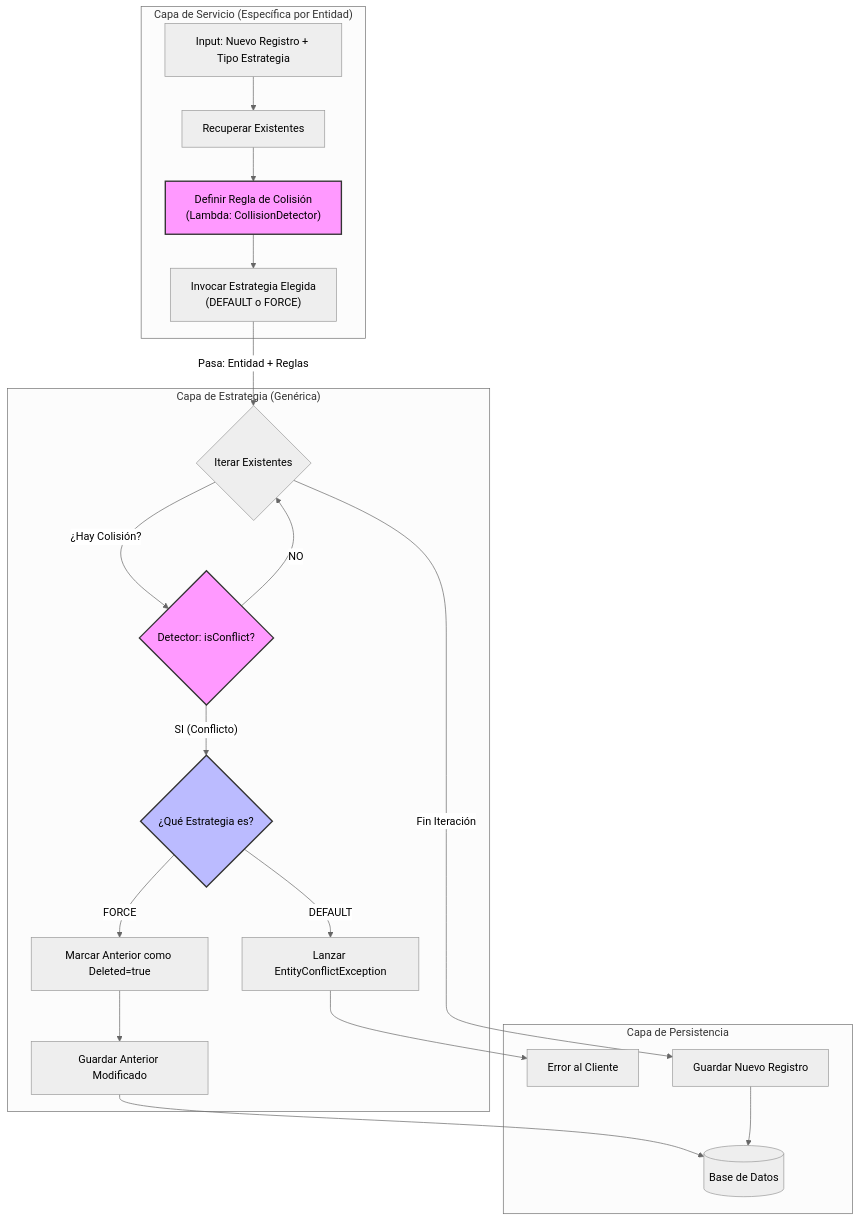
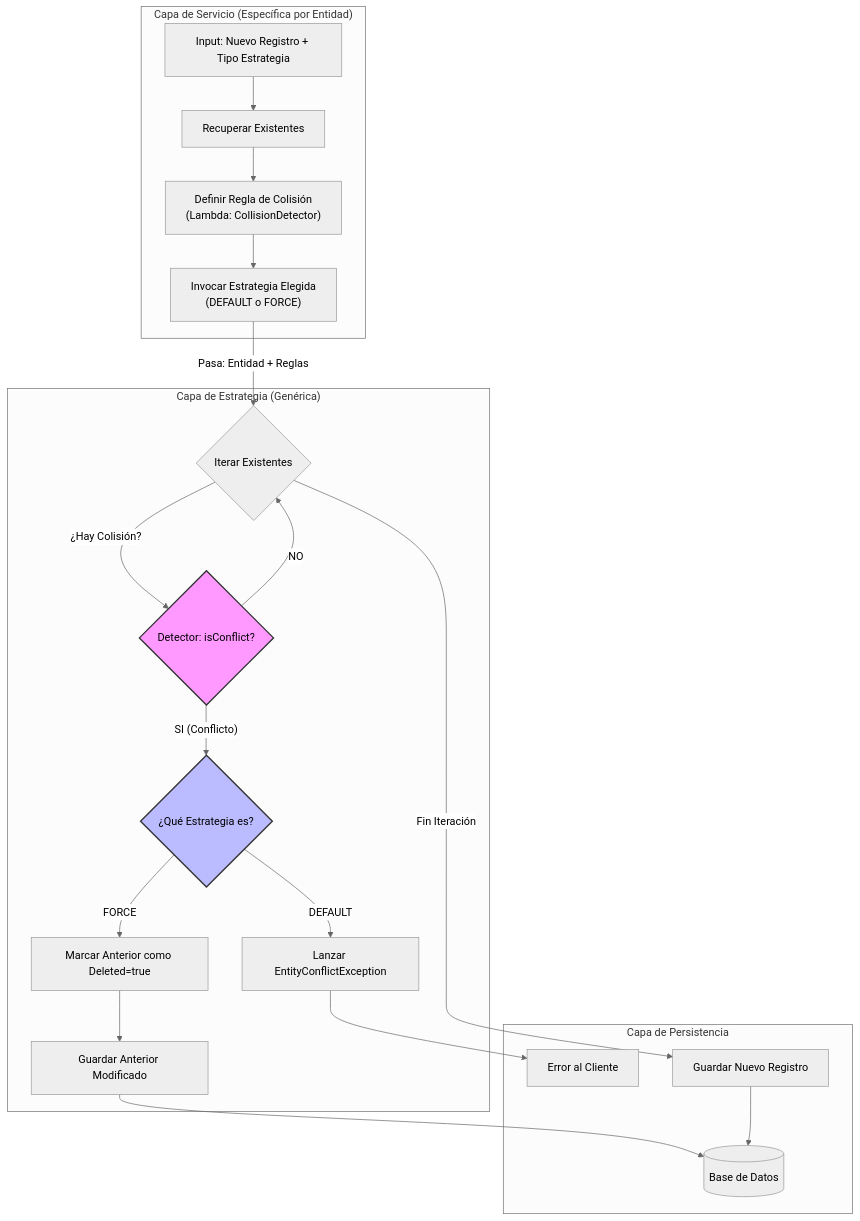
The first of 3 diagrams in research/Propuesta_nueva_estrategia_Force_Default/PROPUESTA_NUEVA_ESTRATEGIA_V2.md (raulburgosbds/documentos_bds), drawn with Mermaid (neutral theme) before and after one commit. The commit also changed other lines of this file, not shown here.

````diff
--- a/research/Propuesta_nueva_estrategia_Force_Default/PROPUESTA_NUEVA_ESTRATEGIA_V2.md
+++ b/research/Propuesta_nueva_estrategia_Force_Default/PROPUESTA_NUEVA_ESTRATEGIA_V2.md
@@ -67,31 +67,30 @@
 ```mermaid
 graph TD
     subgraph SERVICE_LAYER ["Capa de Servicio (Específica por Entidad)"]
         A["Input: Nuevo Registro + Tipo Estrategia"] --> B["Recuperar Existentes"]
         B --> C["Definir Regla de Colisión<br/>(Lambda: CollisionDetector)"]
         C --> D["Invocar Estrategia Elegida<br/>(DEFAULT o FORCE)"]
     end
 
     subgraph STRATEGY_LAYER ["Capa de Estrategia (Genérica)"]
         D -- "Pasa: Entidad + Reglas" --> E{"Iterar Existentes"}
         E -- "¿Hay Colisión?" --> F{"Detector: isConflict?"}
         F -- "NO" --> E
         
         F -- "SI (Conflicto)" --> G{"¿Qué Estrategia es?"}
         
         G -- "DEFAULT" --> H["Lanzar EntityConflictException"]
         G -- "FORCE" --> I["Marcar Anterior como Deleted=true"]
         I --> J["Guardar Anterior Modificado"]
     end
 
     subgraph PERSISTENCE ["Capa de Persistencia"]
         J --> K[("Base de Datos")]
         H --> L["Error al Cliente"]
         E -- "Fin Iteración" --> M["Guardar Nuevo Registro"]
         M --> K
     end
 
-    style C fill:#f9f,stroke:#333,stroke-width:2px,color:black
     style F fill:#f9f,stroke:#333,stroke-width:2px,color:black
     style G fill:#bbf,stroke:#333,stroke-width:2px,color:black
 ```
````
